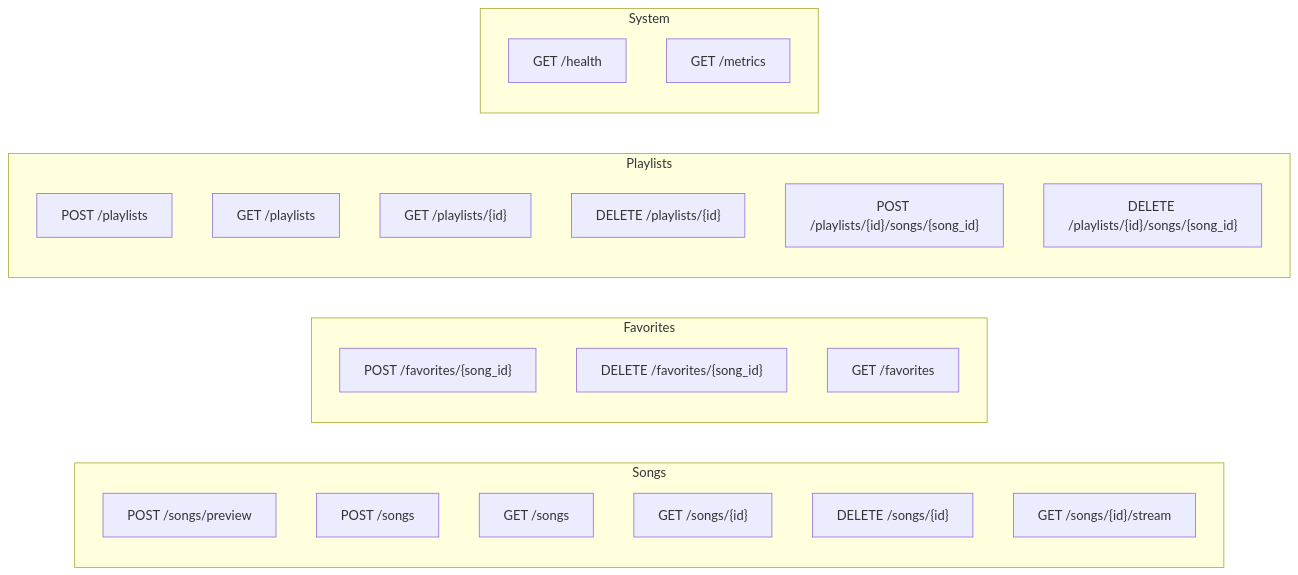
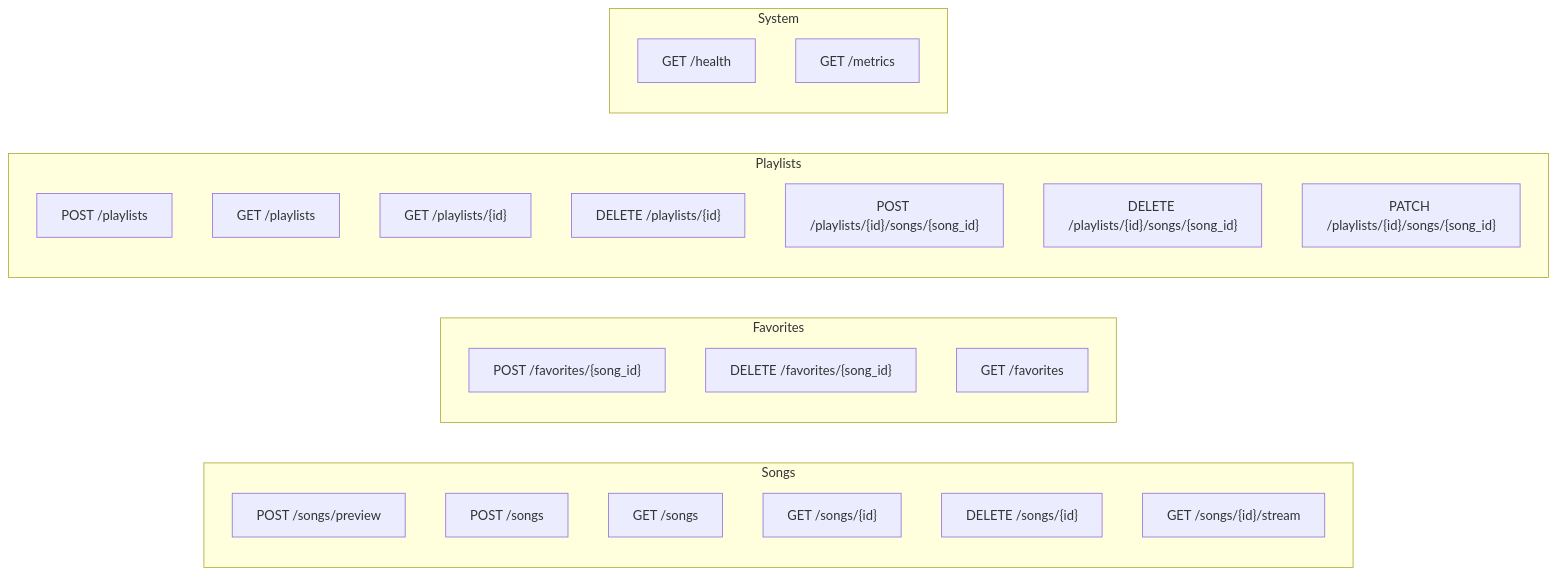
The third of 3 diagrams in docs/ARCHITECTURE.md (KarthikUdyawar/melo), drawn with Mermaid before and after one commit. The commit also changed other lines of this file and 13 other files, not shown here.

````diff
--- a/docs/ARCHITECTURE.md
+++ b/docs/ARCHITECTURE.md
@@ -120,31 +120,32 @@
 ```mermaid
 graph LR
     subgraph Songs
         S1["POST /songs/preview"]
         S2["POST /songs"]
         S3["GET /songs"]
         S4["GET /songs/{id}"]
         S5["DELETE /songs/{id}"]
         S6["GET /songs/{id}/stream"]
     end
 
     subgraph Favorites
         F1["POST /favorites/{song_id}"]
         F2["DELETE /favorites/{song_id}"]
         F3["GET /favorites"]
     end
 
     subgraph Playlists
         P1["POST /playlists"]
         P2["GET /playlists"]
         P3["GET /playlists/{id}"]
         P4["DELETE /playlists/{id}"]
         P5["POST /playlists/{id}/songs/{song_id}"]
         P6["DELETE /playlists/{id}/songs/{song_id}"]
+        P7["PATCH /playlists/{id}/songs/{song_id}"]
     end
 
     subgraph System
         H["GET /health"]
         M["GET /metrics"]
     end
 ```
````
